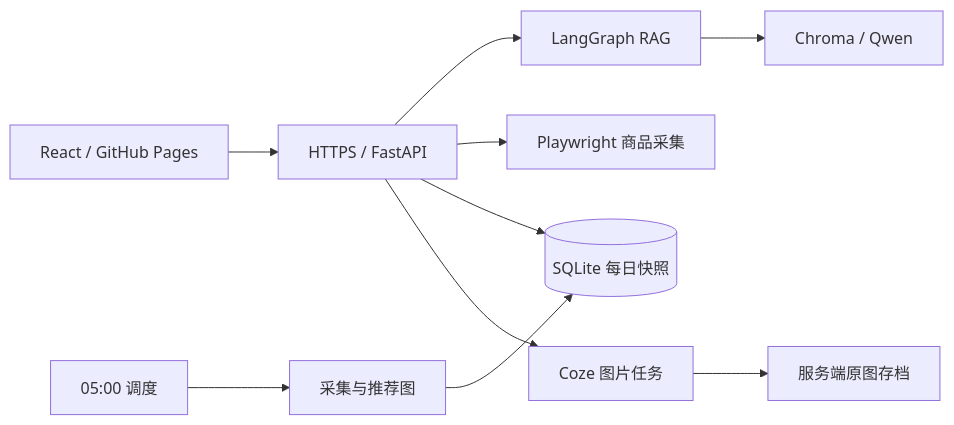
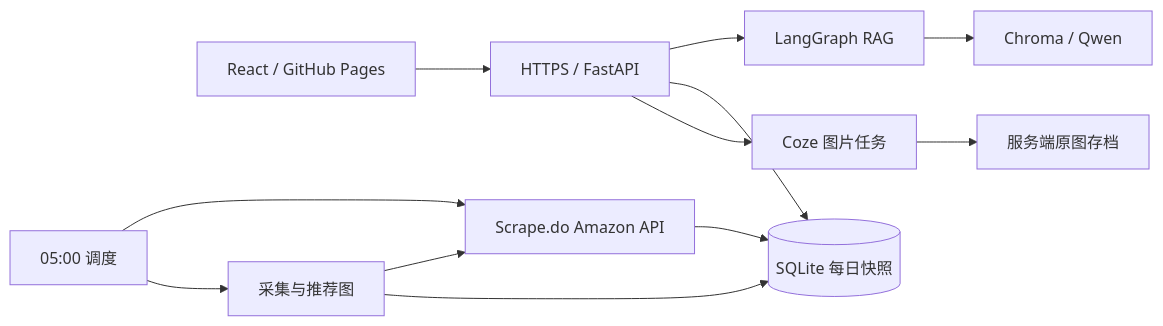
One commit to RuoXiao00/kuajing changed the diagram in README.md. Above: the diagram before and after it, drawn with Mermaid. The commit also changed other lines of this file and 90 other files, not shown here.

````diff
--- a/README.md
+++ b/README.md
@@ -39,12 +39,14 @@
 ```mermaid
 flowchart LR
     U[React / GitHub Pages] --> A[HTTPS / FastAPI]
     A --> K[LangGraph RAG]
     K --> V[Chroma / Qwen]
-    A --> P[Playwright 商品采集]
+    T --> P[Scrape.do Amazon API]
+    P --> DB
+    R --> P
     T[05:00 调度] --> R[采集与推荐图]
     R --> DB[(SQLite 每日快照)]
     A --> DB
     A --> I[Coze 图片任务]
     I --> F[服务端原图存档]
 ```
````
